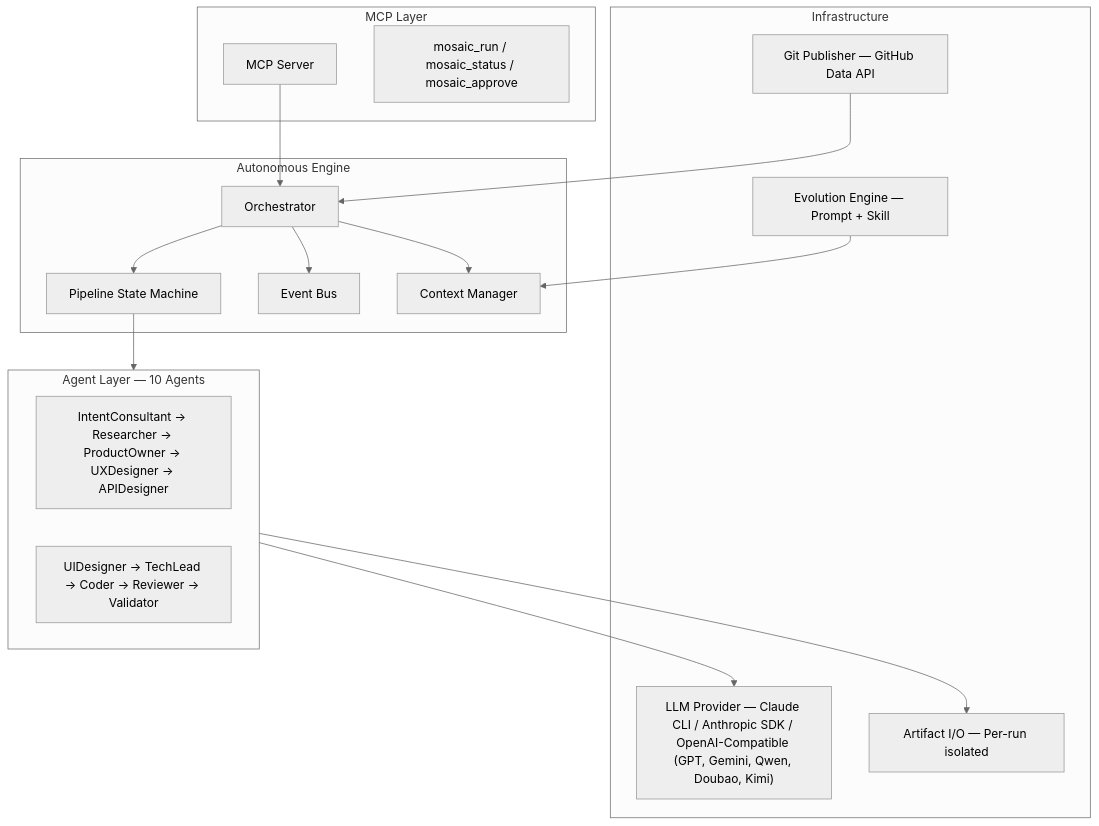
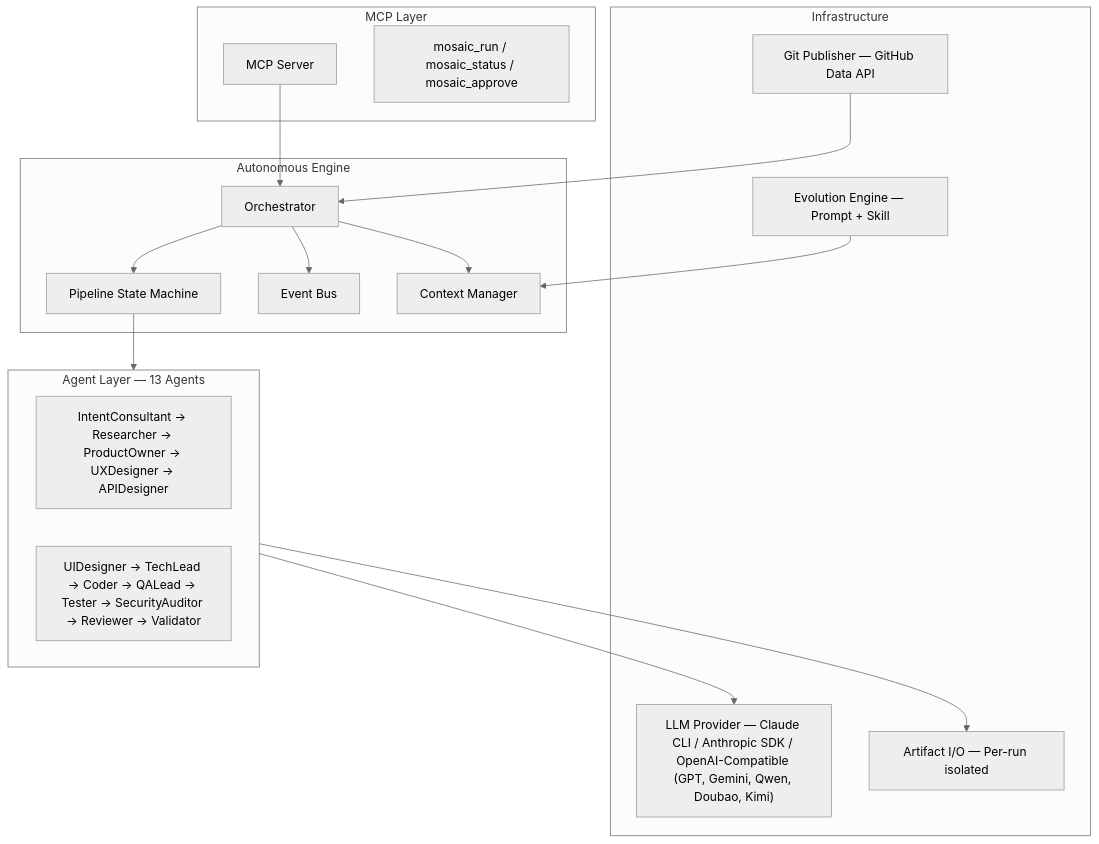
One commit to ZB-ur/mosaicat changed the third of 3 diagrams in README.md. Above: the diagram before and after it, drawn with Mermaid (neutral theme). The commit also changed other lines of this file, not shown here.

First line of the commit message:
docs: update README to reflect M6 completion — 13 agents, QA pipeline, refine command (#294)

````diff
--- a/README.md
+++ b/README.md
@@ -345,37 +371,37 @@
 ```mermaid
 graph TB
     subgraph MCP["MCP Layer"]
         MCPServer["MCP Server"]
         MCPTools["mosaic_run / mosaic_status / mosaic_approve"]
     end
 
     subgraph Engine["Autonomous Engine"]
         Orch["Orchestrator"]
         Pipeline["Pipeline State Machine"]
         EventBus["Event Bus"]
         CtxMgr["Context Manager"]
     end
 
-    subgraph Agents["Agent Layer — 10 Agents"]
+    subgraph Agents["Agent Layer — 13 Agents"]
         direction LR
         A1["IntentConsultant → Researcher → ProductOwner → UXDesigner → APIDesigner"]
-        A2["UIDesigner → TechLead → Coder → Reviewer → Validator"]
+        A2["UIDesigner → TechLead → Coder → QALead → Tester → SecurityAuditor → Reviewer → Validator"]
     end
 
     subgraph Infra["Infrastructure"]
         Provider["LLM Provider — Claude CLI / Anthropic SDK / OpenAI-Compatible (GPT, Gemini, Qwen, Doubao, Kimi)"]
         Git["Git Publisher — GitHub Data API"]
         Artifacts["Artifact I/O — Per-run isolated"]
         Evolution["Evolution Engine — Prompt + Skill"]
     end
 
     MCPServer --> Orch
     Orch --> Pipeline
     Orch --> EventBus
     Orch --> CtxMgr
     Pipeline --> Agents
     Agents --> Provider
     Agents --> Artifacts
     Git --> Orch
     Evolution --> CtxMgr
 ```
````
